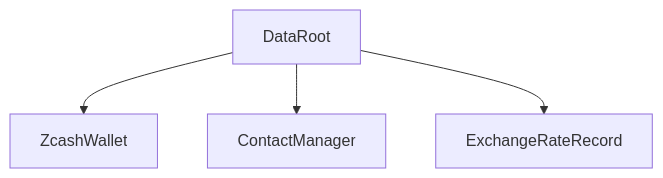
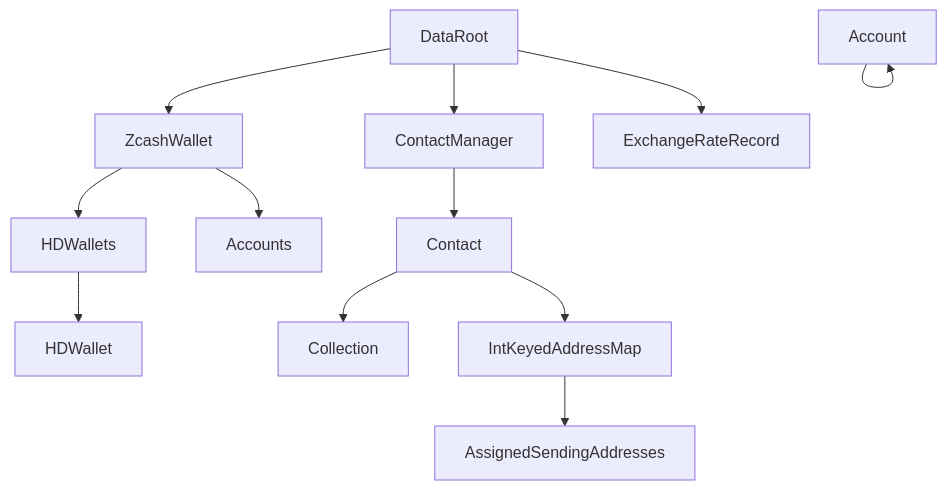
Before and after one commit to zingolabs/zcash-wallet-formats: the diagram in ezcash/README.md, drawn with Mermaid.

````diff
--- a/ezcash/README.md
+++ b/ezcash/README.md
@@ -49,6 +49,19 @@
 ```mermaid
 flowchart TB
 DataRoot --> ZcashWallet
 DataRoot --> ContactManager
 DataRoot --> ExchangeRateRecord
+
+ZcashWallet --> HDWallets
+ZcashWallet --> Accounts
+
+Account --> Account
+HDWallets --> HDWallet
+
+ContactManager --> Contact
+
+Contact --> Collection
+Contact --> IntKeyedAddressMap
+
+IntKeyedAddressMap --> AssignedSendingAddresses
 ```
````
